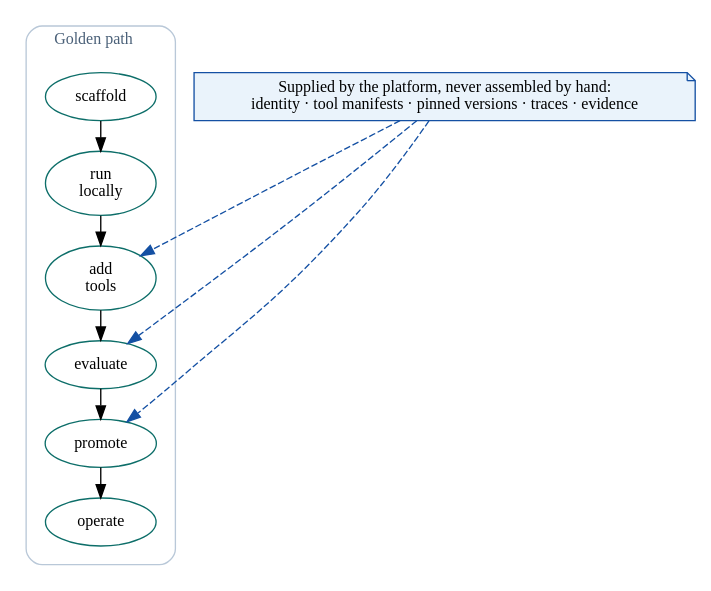
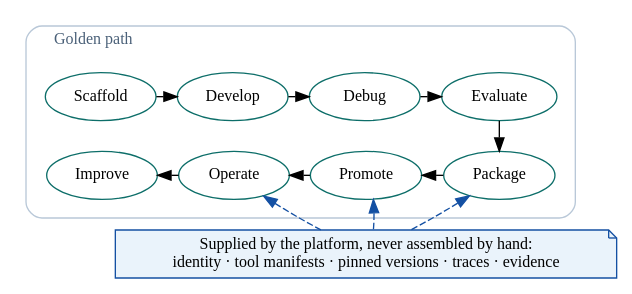
The diagram in assets/diagrams/src/dx-golden-path.gv (rrahimi-uci/building-enterprise-general-intelligence), drawn with Graphviz before and after one commit. The commit also changed 46 other files, not shown here.

```diff
--- a/assets/diagrams/src/dx-golden-path.gv
+++ b/assets/diagrams/src/dx-golden-path.gv
@@ -1,26 +1,31 @@
-// Figure 7-4 — Developer golden path from scaffold to operated release.
+// Figure 7-3 — Developer golden path from scaffold to operated release.
 // Message: one supported route, with the platform supplying identity, versions
 // and evidence at each step so a team never assembles them by hand.
 digraph dx_golden_path {
   rankdir = TB
   graph [ranksep=0.32, nodesep=0.22]
   node [width=1.15, fontsize=12]
 
   subgraph cluster_path {
     label="  Golden path"; labeljust="l"; fontsize=12; fontcolor="#4A6078"
     color="#B9C8D8"; style="rounded"; margin=14
-    s1 [label="scaffold", fillcolor="#E7F5F3", color="#0D6E69"]
-    s2 [label="run\nlocally", fillcolor="#E7F5F3", color="#0D6E69"]
-    s3 [label="add\ntools", fillcolor="#E7F5F3", color="#0D6E69"]
-    s4 [label="evaluate", fillcolor="#E7F5F3", color="#0D6E69"]
-    s5 [label="promote", fillcolor="#E7F5F3", color="#0D6E69"]
-    s6 [label="operate", fillcolor="#E7F5F3", color="#0D6E69"]
-    s1 -> s2 -> s3 -> s4 -> s5 -> s6
+    s1 [label="Scaffold", fillcolor="#E7F5F3", color="#0D6E69"]
+    s2 [label="Develop", fillcolor="#E7F5F3", color="#0D6E69"]
+    s3 [label="Debug", fillcolor="#E7F5F3", color="#0D6E69"]
+    s4 [label="Evaluate", fillcolor="#E7F5F3", color="#0D6E69"]
+    s5 [label="Package", fillcolor="#E7F5F3", color="#0D6E69"]
+    s6 [label="Promote", fillcolor="#E7F5F3", color="#0D6E69"]
+    s7 [label="Operate", fillcolor="#E7F5F3", color="#0D6E69"]
+    s8 [label="Improve", fillcolor="#E7F5F3", color="#0D6E69"]
+    { rank=same; s1 -> s2 -> s3 -> s4 }
+    { rank=same; s8 -> s7 -> s6 -> s5 [dir=back] }
+    s4 -> s5
   }
 
   supplied [label="Supplied by the platform, never assembled by hand:\nidentity · tool manifests · pinned versions · traces · evidence",
             fillcolor="#EAF3FB", color="#1450A3", style=filled, shape=note, fontsize=12]
-  supplied -> s3 [style=dashed, color="#1450A3", constraint=false]
-  supplied -> s4 [style=dashed, color="#1450A3", constraint=false]
-  supplied -> s5 [style=dashed, color="#1450A3", constraint=false]
+  s6 -> supplied [style=invis]
+  s7 -> supplied [style=dashed, color="#1450A3", dir=back, constraint=false]
+  s5 -> supplied [style=dashed, color="#1450A3", dir=back, constraint=false]
+  s6 -> supplied [style=dashed, color="#1450A3", dir=back, constraint=false]
 }
```
